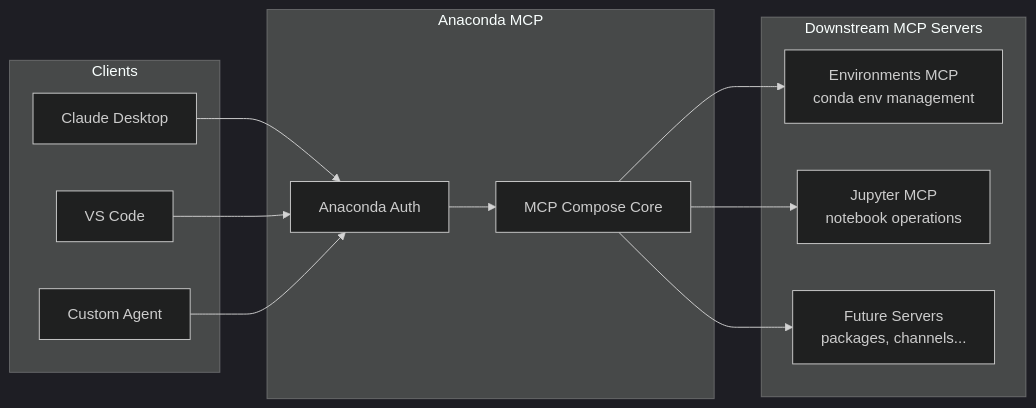
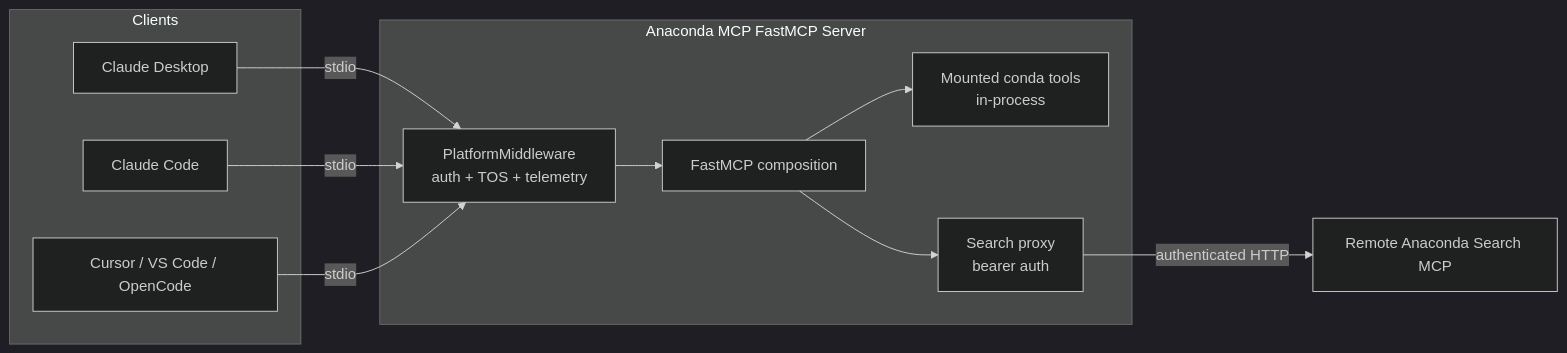
One commit to anaconda/anaconda-mcp changed the first of 4 diagrams in docs/ARCHITECTURE.md. Above: the diagram before and after it, drawn with Mermaid (dark theme). The commit also changed other lines of this file and 13 other files, not shown here.

````diff
--- a/docs/ARCHITECTURE.md
+++ b/docs/ARCHITECTURE.md
@@ -11,27 +9,25 @@
 ```mermaid
 graph LR
     subgraph Clients
         C1[Claude Desktop]
-        C2[VS Code]
-        C3[Custom Agent]
+        C2[Claude Code]
+        C3[Cursor / VS Code / OpenCode]
     end
 
-    subgraph Anaconda MCP
-        Auth[Anaconda Auth]
-        Compose[MCP Compose Core]
+    subgraph "Anaconda MCP FastMCP Server"
+        MW[PlatformMiddleware<br/>auth + TOS + telemetry]
+        ROUTER[FastMCP composition]
+        CONDA[Mounted conda tools<br/>in-process]
+        SEARCH[Search proxy<br/>bearer auth]
     end
 
-    subgraph Downstream MCP Servers
-        ENV[Environments MCP<br/>conda env management]
-        JUP[Jupyter MCP<br/>notebook operations]
-        FUTURE[Future Servers<br/>packages, channels...]
-    end
+    REMOTE[Remote Anaconda Search MCP]
 
-    C1 --> Auth
-    C2 --> Auth
-    C3 --> Auth
-    Auth --> Compose
-    Compose --> ENV
-    Compose --> JUP
-    Compose --> FUTURE
+    C1 -->|stdio| MW
+    C2 -->|stdio| MW
+    C3 -->|stdio| MW
+    MW --> ROUTER
+    ROUTER --> CONDA
+    ROUTER --> SEARCH
+    SEARCH -->|authenticated HTTP| REMOTE
 ```
````
